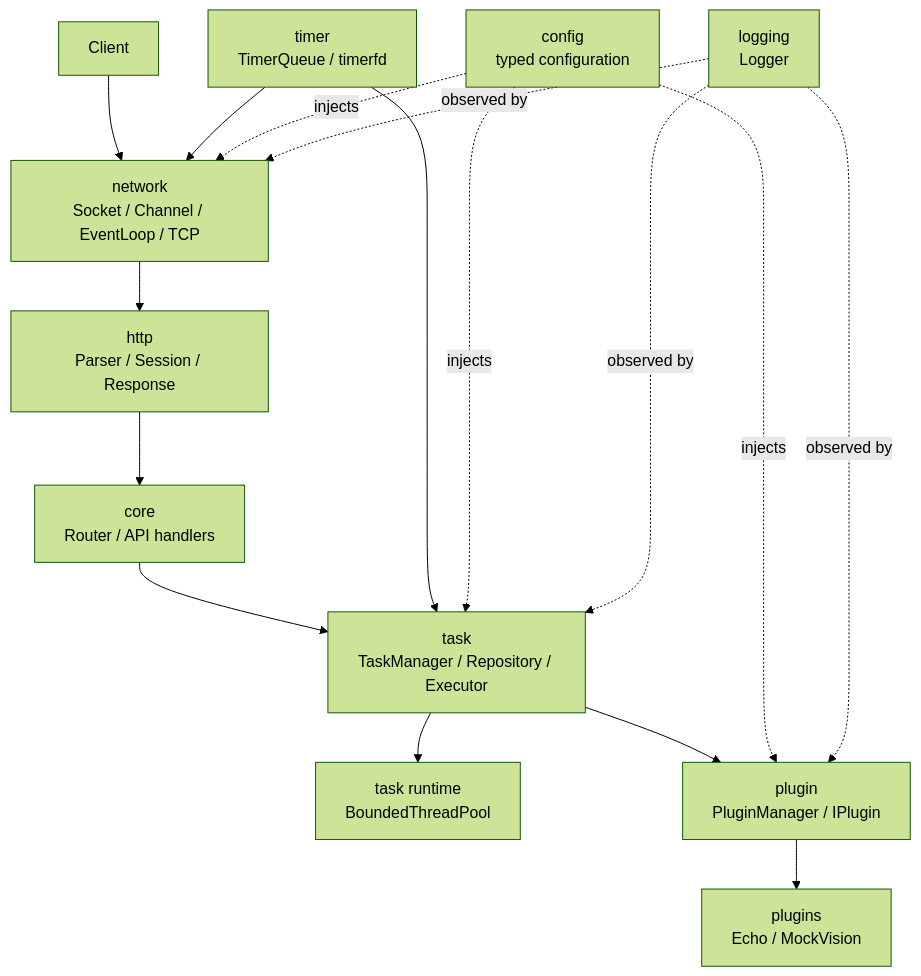
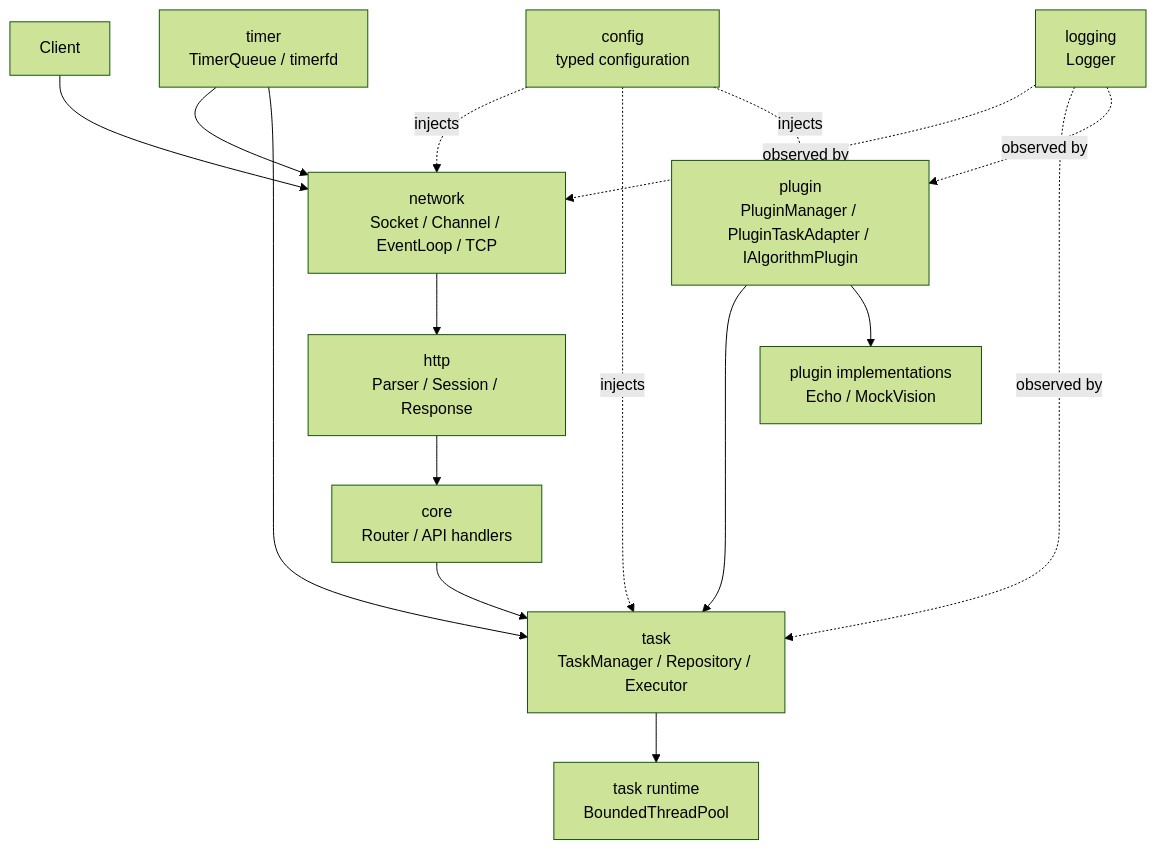
One commit to realme-max/IndustrialAIServiceFramework changed the first of 10 diagrams in docs/architecture.md. Above: the diagram before and after it, drawn with Mermaid (forest theme). The commit also changed other lines of this file and 39 other files, not shown here.

````diff
--- a/docs/architecture.md
+++ b/docs/architecture.md
@@ -214,30 +263,30 @@
 ```mermaid
 flowchart TB
     Client["Client"]
     Network["network<br/>Socket / Channel / EventLoop / TCP"]
     Http["http<br/>Parser / Session / Response"]
     Router["core<br/>Router / API handlers"]
     Task["task<br/>TaskManager / Repository / Executor"]
     Concurrency["task runtime<br/>BoundedThreadPool"]
-    Plugin["plugin<br/>PluginManager / IPlugin"]
-    Examples["plugins<br/>Echo / MockVision"]
+    Plugin["plugin<br/>PluginManager / PluginTaskAdapter / IAlgorithmPlugin"]
+    Examples["plugin implementations<br/>Echo / MockVision"]
     Timer["timer<br/>TimerQueue / timerfd"]
     Logging["logging<br/>Logger"]
     Config["config<br/>typed configuration"]
 
     Client --> Network
     Network --> Http
     Http --> Router
     Router --> Task
     Task --> Concurrency
-    Task --> Plugin
+    Plugin --> Task
     Plugin --> Examples
     Timer --> Network
     Timer --> Task
     Config -. injects .-> Network
     Config -. injects .-> Task
     Config -. injects .-> Plugin
     Logging -. observed by .-> Network
     Logging -. observed by .-> Task
     Logging -. observed by .-> Plugin
 ```
````
